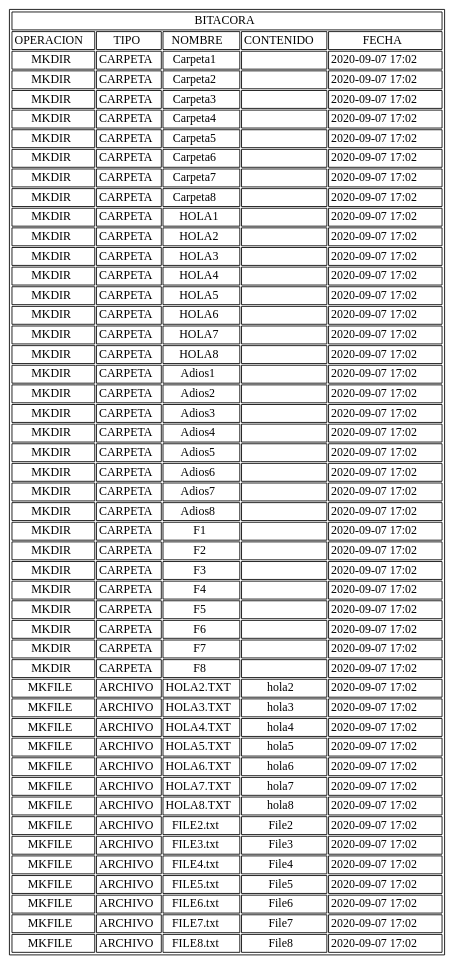
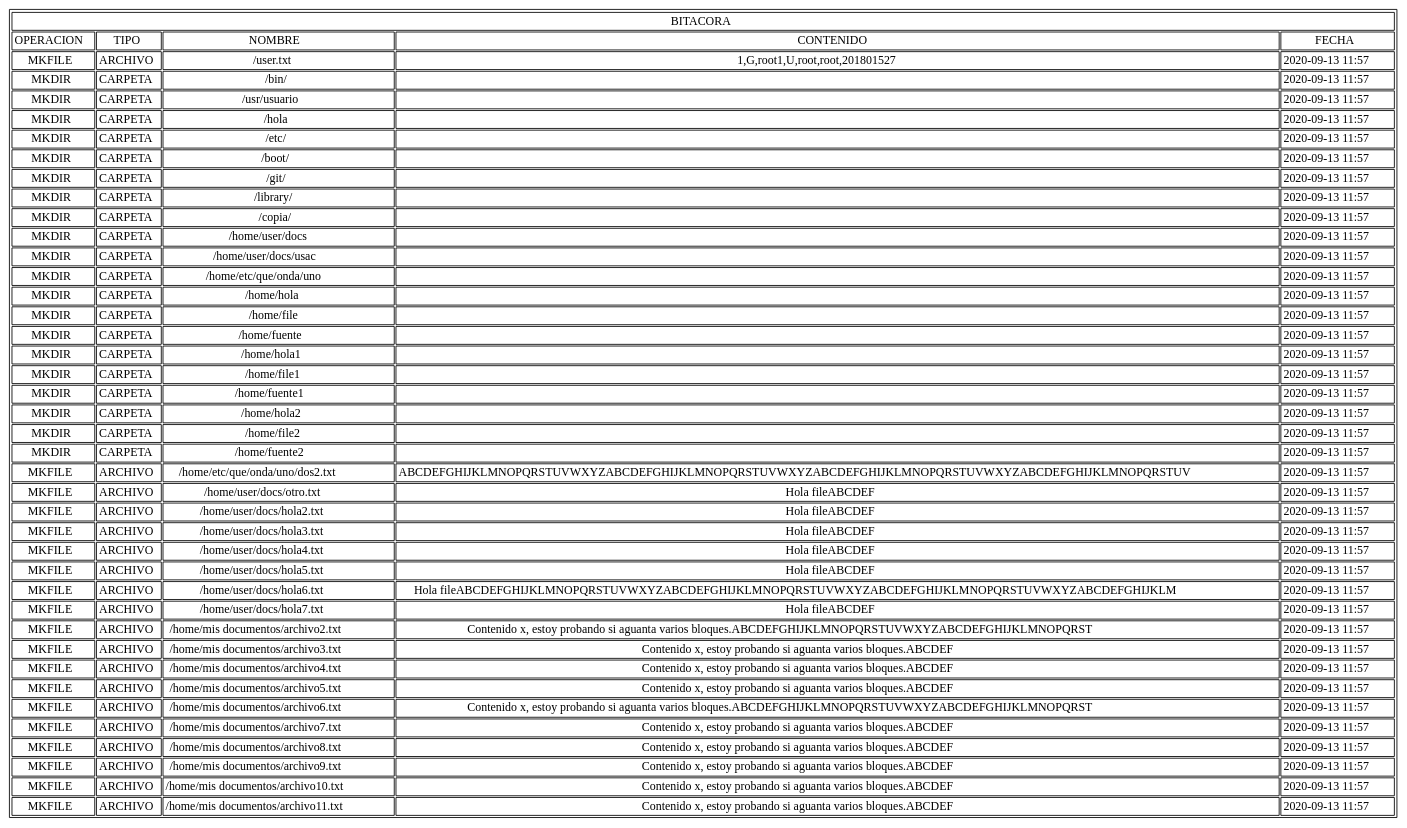
One commit to RandyCan2000/MIAProyecto1_201801527 changed the diagram in Assets/Bitacora.dot. Above: the diagram before and after it, drawn with Graphviz. The commit also changed 14 other files, not shown here.

```diff
--- a/Assets/Bitacora.dot
+++ b/Assets/Bitacora.dot
@@ -12,326 +12,279 @@
 	<TD >FECHA</TD>
 	</TR>
 	<TR>
-			<TD>MKDIR</TD>
-			<TD>CARPETA</TD>
-			<TD>Carpeta1</TD>
-			<TD></TD>
-			<TD>2020-09-07 17:02</TD>
+			<TD>MKFILE</TD>
+			<TD>ARCHIVO</TD>
+			<TD>/user.txt</TD>
+			<TD>1,G,root
+1,U,root,root,201801527
+</TD>
+			<TD>2020-09-13 11:57</TD>
 			</TR>
 			<TR>
 			<TD>MKDIR</TD>
 			<TD>CARPETA</TD>
-			<TD>Carpeta2</TD>
+			<TD>/bin/</TD>
 			<TD></TD>
-			<TD>2020-09-07 17:02</TD>
+			<TD>2020-09-13 11:57</TD>
 			</TR>
 			<TR>
 			<TD>MKDIR</TD>
 			<TD>CARPETA</TD>
-			<TD>Carpeta3</TD>
+			<TD>/usr/usuario</TD>
 			<TD></TD>
-			<TD>2020-09-07 17:02</TD>
+			<TD>2020-09-13 11:57</TD>
 			</TR>
 			<TR>
 			<TD>MKDIR</TD>
 			<TD>CARPETA</TD>
-			<TD>Carpeta4</TD>
+			<TD>/hola</TD>
 			<TD></TD>
-			<TD>2020-09-07 17:02</TD>
+			<TD>2020-09-13 11:57</TD>
 			</TR>
 			<TR>
 			<TD>MKDIR</TD>
 			<TD>CARPETA</TD>
-			<TD>Carpeta5</TD>
+			<TD>/etc/</TD>
 			<TD></TD>
-			<TD>2020-09-07 17:02</TD>
+			<TD>2020-09-13 11:57</TD>
 			</TR>
 			<TR>
 			<TD>MKDIR</TD>
 			<TD>CARPETA</TD>
-			<TD>Carpeta6</TD>
+			<TD>/boot/</TD>
 			<TD></TD>
-			<TD>2020-09-07 17:02</TD>
+			<TD>2020-09-13 11:57</TD>
 			</TR>
 			<TR>
 			<TD>MKDIR</TD>
 			<TD>CARPETA</TD>
-			<TD>Carpeta7</TD>
+			<TD>/git/</TD>
 			<TD></TD>
-			<TD>2020-09-07 17:02</TD>
+			<TD>2020-09-13 11:57</TD>
 			</TR>
 			<TR>
 			<TD>MKDIR</TD>
 			<TD>CARPETA</TD>
-			<TD>Carpeta8</TD>
+			<TD>/library/</TD>
 			<TD></TD>
-			<TD>2020-09-07 17:02</TD>
+			<TD>2020-09-13 11:57</TD>
 			</TR>
 			<TR>
 			<TD>MKDIR</TD>
 			<TD>CARPETA</TD>
-			<TD>HOLA1</TD>
+			<TD>/copia/</TD>
 			<TD></TD>
-			<TD>2020-09-07 17:02</TD>
+			<TD>2020-09-13 11:57</TD>
 			</TR>
 			<TR>
 			<TD>MKDIR</TD>
 			<TD>CARPETA</TD>
-			<TD>HOLA2</TD>
+			<TD>/home/user/docs</TD>
 			<TD></TD>
-			<TD>2020-09-07 17:02</TD>
+			<TD>2020-09-13 11:57</TD>
 			</TR>
 			<TR>
 			<TD>MKDIR</TD>
 			<TD>CARPETA</TD>
-			<TD>HOLA3</TD>
+			<TD>/home/user/docs/usac</TD>
 			<TD></TD>
-			<TD>2020-09-07 17:02</TD>
+			<TD>2020-09-13 11:57</TD>
 			</TR>
 			<TR>
 			<TD>MKDIR</TD>
 			<TD>CARPETA</TD>
-			<TD>HOLA4</TD>
+			<TD>/home/etc/que/onda/uno</TD>
 			<TD></TD>
-			<TD>2020-09-07 17:02</TD>
+			<TD>2020-09-13 11:57</TD>
 			</TR>
 			<TR>
 			<TD>MKDIR</TD>
 			<TD>CARPETA</TD>
-			<TD>HOLA5</TD>
+			<TD>/home/hola</TD>
 			<TD></TD>
-			<TD>2020-09-07 17:02</TD>
+			<TD>2020-09-13 11:57</TD>
 			</TR>
 			<TR>
 			<TD>MKDIR</TD>
 			<TD>CARPETA</TD>
-			<TD>HOLA6</TD>
+			<TD>/home/file</TD>
 			<TD></TD>
-			<TD>2020-09-07 17:02</TD>
+			<TD>2020-09-13 11:57</TD>
 			</TR>
 			<TR>
 			<TD>MKDIR</TD>
 			<TD>CARPETA</TD>
-			<TD>HOLA7</TD>
+			<TD>/home/fuente</TD>
 			<TD></TD>
-			<TD>2020-09-07 17:02</TD>
+			<TD>2020-09-13 11:57</TD>
 			</TR>
 			<TR>
 			<TD>MKDIR</TD>
 			<TD>CARPETA</TD>
-			<TD>HOLA8</TD>
+			<TD>/home/hola1</TD>
 			<TD></TD>
-			<TD>2020-09-07 17:02</TD>
+			<TD>2020-09-13 11:57</TD>
 			</TR>
 			<TR>
 			<TD>MKDIR</TD>
 			<TD>CARPETA</TD>
-			<TD>Adios1</TD>
+			<TD>/home/file1</TD>
 			<TD></TD>
-			<TD>2020-09-07 17:02</TD>
+			<TD>2020-09-13 11:57</TD>
 			</TR>
 			<TR>
 			<TD>MKDIR</TD>
 			<TD>CARPETA</TD>
-			<TD>Adios2</TD>
+			<TD>/home/fuente1</TD>
 			<TD></TD>
-			<TD>2020-09-07 17:02</TD>
+			<TD>2020-09-13 11:57</TD>
 			</TR>
 			<TR>
 			<TD>MKDIR</TD>
 			<TD>CARPETA</TD>
-			<TD>Adios3</TD>
+			<TD>/home/hola2</TD>
 			<TD></TD>
-			<TD>2020-09-07 17:02</TD>
+			<TD>2020-09-13 11:57</TD>
 			</TR>
 			<TR>
 			<TD>MKDIR</TD>
 			<TD>CARPETA</TD>
-			<TD>Adios4</TD>
+			<TD>/home/file2</TD>
 			<TD></TD>
-			<TD>2020-09-07 17:02</TD>
+			<TD>2020-09-13 11:57</TD>
 			</TR>
 			<TR>
 			<TD>MKDIR</TD>
 			<TD>CARPETA</TD>
-			<TD>Adios5</TD>
+			<TD>/home/fuente2</TD>
 			<TD></TD>
-			<TD>2020-09-07 17:02</TD>
-			</TR>
-			<TR>
-			<TD>MKDIR</TD>
-			<TD>CARPETA</TD>
-			<TD>Adios6</TD>
-			<TD></TD>
-			<TD>2020-09-07 17:02</TD>
-			</TR>
-			<TR>
-			<TD>MKDIR</TD>
-			<TD>CARPETA</TD>
-			<TD>Adios7</TD>
-			<TD></TD>
-			<TD>2020-09-07 17:02</TD>
-			</TR>
-			<TR>
-			<TD>MKDIR</TD>
-			<TD>CARPETA</TD>
-			<TD>Adios8</TD>
-			<TD></TD>
-			<TD>2020-09-07 17:02</TD>
-			</TR>
-			<TR>
-			<TD>MKDIR</TD>
-			<TD>CARPETA</TD>
-			<TD>F1</TD>
-			<TD></TD>
-			<TD>2020-09-07 17:02</TD>
-			</TR>
-			<TR>
-			<TD>MKDIR</TD>
-			<TD>CARPETA</TD>
-			<TD>F2</TD>
-			<TD></TD>
-			<TD>2020-09-07 17:02</TD>
-			</TR>
-			<TR>
-			<TD>MKDIR</TD>
-			<TD>CARPETA</TD>
-			<TD>F3</TD>
-			<TD></TD>
-			<TD>2020-09-07 17:02</TD>
-			</TR>
-			<TR>
-			<TD>MKDIR</TD>
-			<TD>CARPETA</TD>
-			<TD>F4</TD>
-			<TD></TD>
-			<TD>2020-09-07 17:02</TD>
-			</TR>
-			<TR>
-			<TD>MKDIR</TD>
-			<TD>CARPETA</TD>
-			<TD>F5</TD>
-			<TD></TD>
-			<TD>2020-09-07 17:02</TD>
-			</TR>
-			<TR>
-			<TD>MKDIR</TD>
-			<TD>CARPETA</TD>
-			<TD>F6</TD>
-			<TD></TD>
-			<TD>2020-09-07 17:02</TD>
-			</TR>
-			<TR>
-			<TD>MKDIR</TD>
-			<TD>CARPETA</TD>
-			<TD>F7</TD>
-			<TD></TD>
-			<TD>2020-09-07 17:02</TD>
-			</TR>
-			<TR>
-			<TD>MKDIR</TD>
-			<TD>CARPETA</TD>
-			<TD>F8</TD>
-			<TD></TD>
-			<TD>2020-09-07 17:02</TD>
+			<TD>2020-09-13 11:57</TD>
 			</TR>
 			<TR>
 			<TD>MKFILE</TD>
 			<TD>ARCHIVO</TD>
-			<TD>HOLA2.TXT</TD>
-			<TD>hola2</TD>
-			<TD>2020-09-07 17:02</TD>
+			<TD>/home/etc/que/onda/uno/dos2.txt</TD>
+			<TD>ABCDEFGHIJKLMNOPQRSTUVWXYZABCDEFGHIJKLMNOPQRSTUVWXYZABCDEFGHIJKLMNOPQRSTUVWXYZABCDEFGHIJKLMNOPQRSTUV</TD>
+			<TD>2020-09-13 11:57</TD>
 			</TR>
 			<TR>
 			<TD>MKFILE</TD>
 			<TD>ARCHIVO</TD>
-			<TD>HOLA3.TXT</TD>
-			<TD>hola3</TD>
-			<TD>2020-09-07 17:02</TD>
+			<TD>/home/user/docs/otro.txt</TD>
+			<TD>Hola fileABCDEF</TD>
+			<TD>2020-09-13 11:57</TD>
 			</TR>
 			<TR>
 			<TD>MKFILE</TD>
 			<TD>ARCHIVO</TD>
-			<TD>HOLA4.TXT</TD>
-			<TD>hola4</TD>
-			<TD>2020-09-07 17:02</TD>
+			<TD>/home/user/docs/hola2.txt</TD>
+			<TD>Hola fileABCDEF</TD>
+			<TD>2020-09-13 11:57</TD>
 			</TR>
 			<TR>
 			<TD>MKFILE</TD>
 			<TD>ARCHIVO</TD>
-			<TD>HOLA5.TXT</TD>
-			<TD>hola5</TD>
-			<TD>2020-09-07 17:02</TD>
+			<TD>/home/user/docs/hola3.txt</TD>
+			<TD>Hola fileABCDEF</TD>
+			<TD>2020-09-13 11:57</TD>
 			</TR>
 			<TR>
 			<TD>MKFILE</TD>
 			<TD>ARCHIVO</TD>
-			<TD>HOLA6.TXT</TD>
-			<TD>hola6</TD>
-			<TD>2020-09-07 17:02</TD>
+			<TD>/home/user/docs/hola4.txt</TD>
+			<TD>Hola fileABCDEF</TD>
+			<TD>2020-09-13 11:57</TD>
 			</TR>
 			<TR>
 			<TD>MKFILE</TD>
 			<TD>ARCHIVO</TD>
-			<TD>HOLA7.TXT</TD>
-			<TD>hola7</TD>
-			<TD>2020-09-07 17:02</TD>
+			<TD>/home/user/docs/hola5.txt</TD>
+			<TD>Hola fileABCDEF</TD>
+			<TD>2020-09-13 11:57</TD>
 			</TR>
 			<TR>
 			<TD>MKFILE</TD>
 			<TD>ARCHIVO</TD>
-			<TD>HOLA8.TXT</TD>
-			<TD>hola8</TD>
-			<TD>2020-09-07 17:02</TD>
+			<TD>/home/user/docs/hola6.txt</TD>
+			<TD>Hola fileABCDEFGHIJKLMNOPQRSTUVWXYZABCDEFGHIJKLMNOPQRSTUVWXYZABCDEFGHIJKLMNOPQRSTUVWXYZABCDEFGHIJKLM</TD>
+			<TD>2020-09-13 11:57</TD>
 			</TR>
 			<TR>
 			<TD>MKFILE</TD>
 			<TD>ARCHIVO</TD>
-			<TD>FILE2.txt</TD>
-			<TD>File2</TD>
-			<TD>2020-09-07 17:02</TD>
+			<TD>/home/user/docs/hola7.txt</TD>
+			<TD>Hola fileABCDEF</TD>
+			<TD>2020-09-13 11:57</TD>
 			</TR>
 			<TR>
 			<TD>MKFILE</TD>
 			<TD>ARCHIVO</TD>
-			<TD>FILE3.txt</TD>
-			<TD>File3</TD>
-			<TD>2020-09-07 17:02</TD>
+			<TD>/home/mis documentos/archivo2.txt</TD>
+			<TD>Contenido x, estoy probando si aguanta varios bloques.ABCDEFGHIJKLMNOPQRSTUVWXYZABCDEFGHIJKLMNOPQRST</TD>
+			<TD>2020-09-13 11:57</TD>
 			</TR>
 			<TR>
 			<TD>MKFILE</TD>
 			<TD>ARCHIVO</TD>
-			<TD>FILE4.txt</TD>
-			<TD>File4</TD>
-			<TD>2020-09-07 17:02</TD>
+			<TD>/home/mis documentos/archivo3.txt</TD>
+			<TD>Contenido x, estoy probando si aguanta varios bloques.ABCDEF</TD>
+			<TD>2020-09-13 11:57</TD>
 			</TR>
 			<TR>
 			<TD>MKFILE</TD>
 			<TD>ARCHIVO</TD>
-			<TD>FILE5.txt</TD>
-			<TD>File5</TD>
-			<TD>2020-09-07 17:02</TD>
+			<TD>/home/mis documentos/archivo4.txt</TD>
+			<TD>Contenido x, estoy probando si aguanta varios bloques.ABCDEF</TD>
+			<TD>2020-09-13 11:57</TD>
 			</TR>
 			<TR>
 			<TD>MKFILE</TD>
 			<TD>ARCHIVO</TD>
-			<TD>FILE6.txt</TD>
-			<TD>File6</TD>
-			<TD>2020-09-07 17:02</TD>
+			<TD>/home/mis documentos/archivo5.txt</TD>
+			<TD>Contenido x, estoy probando si aguanta varios bloques.ABCDEF</TD>
+			<TD>2020-09-13 11:57</TD>
 			</TR>
 			<TR>
 			<TD>MKFILE</TD>
 			<TD>ARCHIVO</TD>
-			<TD>FILE7.txt</TD>
-			<TD>File7</TD>
-			<TD>2020-09-07 17:02</TD>
+			<TD>/home/mis documentos/archivo6.txt</TD>
+			<TD>Contenido x, estoy probando si aguanta varios bloques.ABCDEFGHIJKLMNOPQRSTUVWXYZABCDEFGHIJKLMNOPQRST</TD>
+			<TD>2020-09-13 11:57</TD>
 			</TR>
 			<TR>
 			<TD>MKFILE</TD>
 			<TD>ARCHIVO</TD>
-			<TD>FILE8.txt</TD>
-			<TD>File8</TD>
-			<TD>2020-09-07 17:02</TD>
+			<TD>/home/mis documentos/archivo7.txt</TD>
+			<TD>Contenido x, estoy probando si aguanta varios bloques.ABCDEF</TD>
+			<TD>2020-09-13 11:57</TD>
+			</TR>
+			<TR>
+			<TD>MKFILE</TD>
+			<TD>ARCHIVO</TD>
+			<TD>/home/mis documentos/archivo8.txt</TD>
+			<TD>Contenido x, estoy probando si aguanta varios bloques.ABCDEF</TD>
+			<TD>2020-09-13 11:57</TD>
+			</TR>
+			<TR>
+			<TD>MKFILE</TD>
+			<TD>ARCHIVO</TD>
+			<TD>/home/mis documentos/archivo9.txt</TD>
+			<TD>Contenido x, estoy probando si aguanta varios bloques.ABCDEF</TD>
+			<TD>2020-09-13 11:57</TD>
+			</TR>
+			<TR>
+			<TD>MKFILE</TD>
+			<TD>ARCHIVO</TD>
+			<TD>/home/mis documentos/archivo10.txt</TD>
+			<TD>Contenido x, estoy probando si aguanta varios bloques.ABCDEF</TD>
+			<TD>2020-09-13 11:57</TD>
+			</TR>
+			<TR>
+			<TD>MKFILE</TD>
+			<TD>ARCHIVO</TD>
+			<TD>/home/mis documentos/archivo11.txt</TD>
+			<TD>Contenido x, estoy probando si aguanta varios bloques.ABCDEF</TD>
+			<TD>2020-09-13 11:57</TD>
 			</TR>
 			</TABLE>>];
 
```
